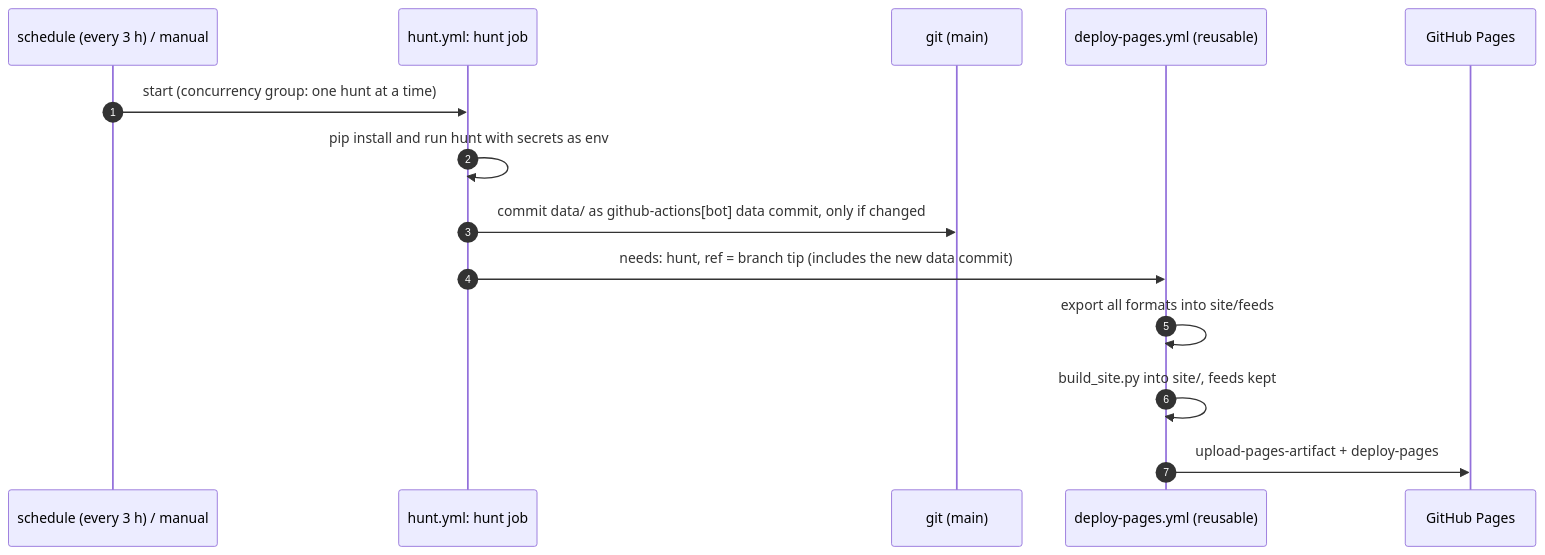
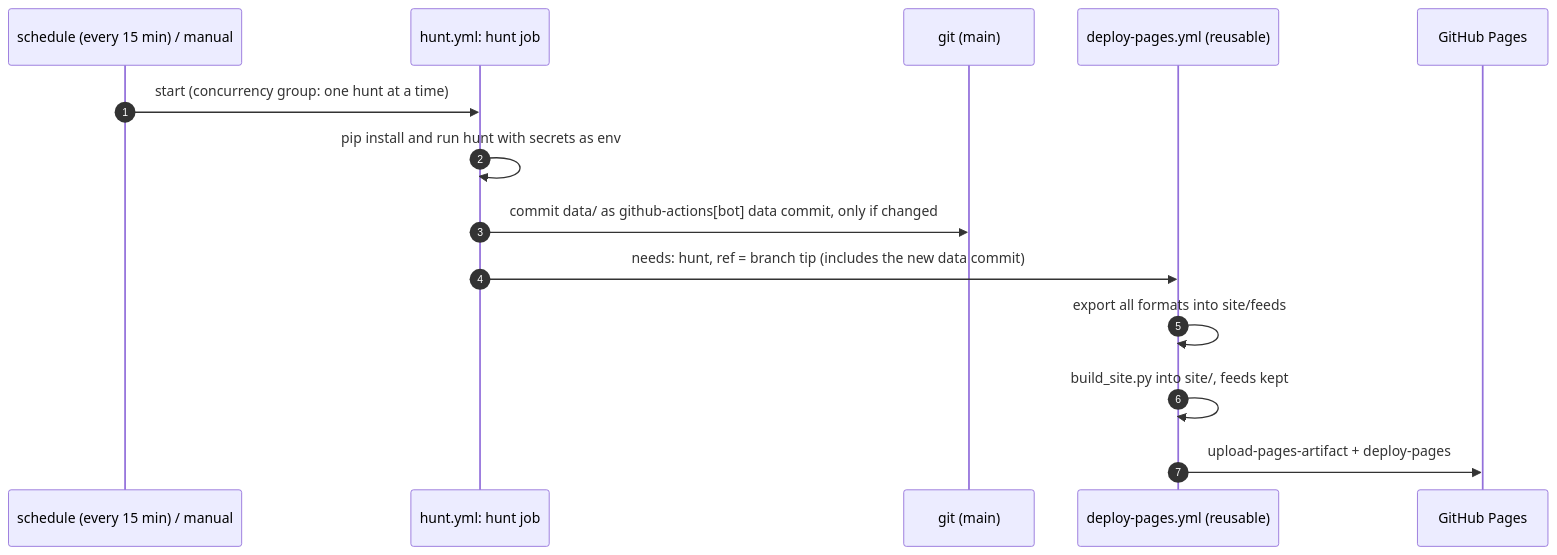
One commit to tstefan-ws/deaddrop-hunter changed the second of 2 diagrams in docs/architecture.md. Above: the diagram before and after it, drawn with Mermaid. The commit also changed 3 other files, not shown here.

````diff
--- a/docs/architecture.md
+++ b/docs/architecture.md
@@ -86,16 +86,16 @@
 ```mermaid
 sequenceDiagram
     autonumber
-    participant S as schedule (every 3 h) / manual
+    participant S as schedule (every 15 min) / manual
     participant H as hunt.yml: hunt job
     participant G as git (main)
     participant D as deploy-pages.yml (reusable)
     participant P as GitHub Pages
     S->>H: start (concurrency group: one hunt at a time)
     H->>H: pip install and run hunt with secrets as env
     H->>G: commit data/ as github-actions[bot] data commit, only if changed
     H->>D: needs: hunt, ref = branch tip (includes the new data commit)
     D->>D: export all formats into site/feeds
     D->>D: build_site.py into site/, feeds kept
     D->>P: upload-pages-artifact + deploy-pages
 ```
````
